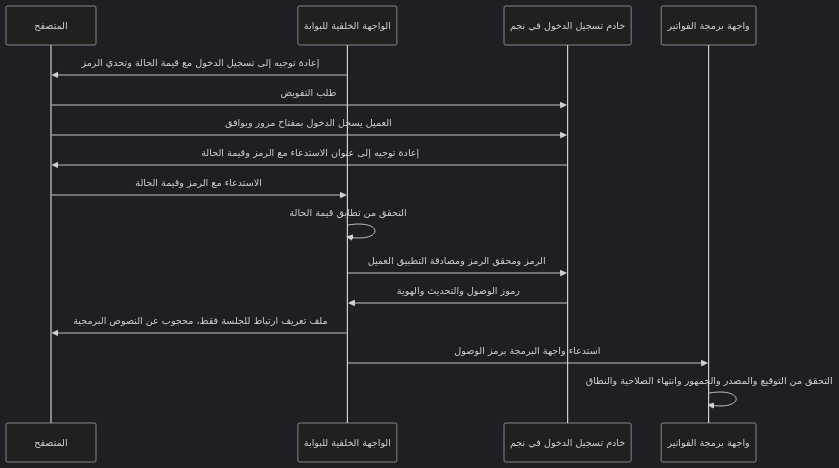
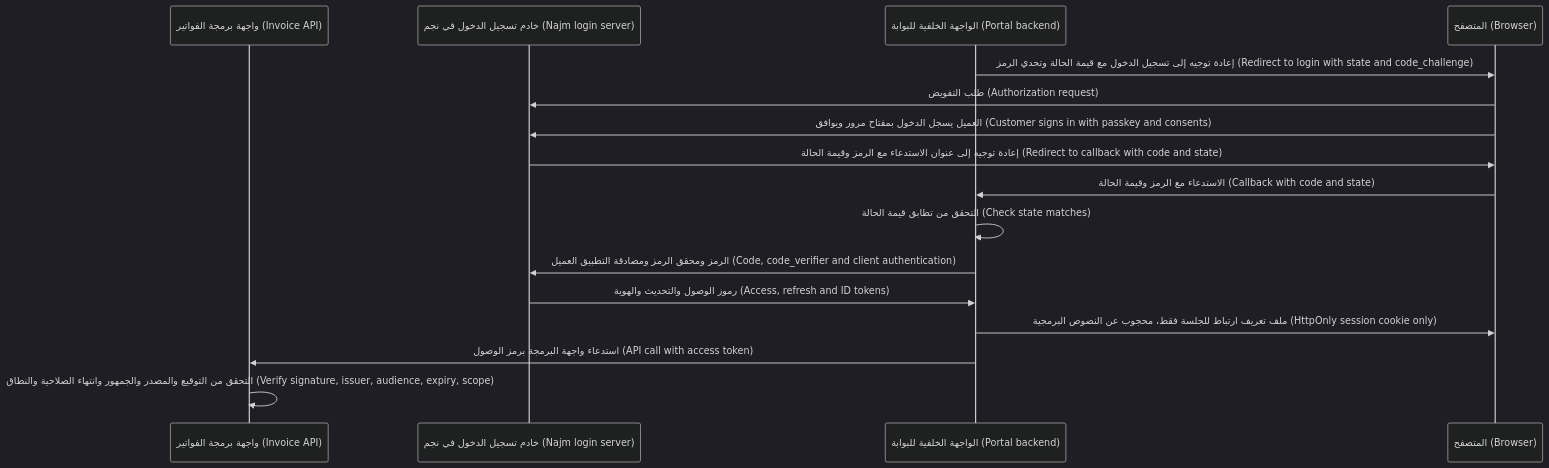
Before and after one commit to Tamoura/system-design-for-vibe-coders: the second of 3 diagrams in secai/modules/03-identity.ar.md, drawn with Mermaid (dark theme). The commit also changed other lines of this file and 11 other files, not shown here.

First line of the commit message:
Security course: Arabic modules 10–11 reviewed; RTL diagrams with English labels for modules 0–11

````diff
--- a/secai/modules/03-identity.ar.md
+++ b/secai/modules/03-identity.ar.md
@@ -312,18 +312,18 @@
 ```mermaid
 sequenceDiagram
-    participant B as المتصفح
-    participant P as الواجهة الخلفية للبوابة
-    participant L as خادم تسجيل الدخول في نجم
-    participant I as واجهة برمجة الفواتير
-    P->>B: إعادة توجيه إلى تسجيل الدخول مع قيمة الحالة وتحدي الرمز
-    B->>L: طلب التفويض
-    B->>L: العميل يسجل الدخول بمفتاح مرور ويوافق
-    L->>B: إعادة توجيه إلى عنوان الاستدعاء مع الرمز وقيمة الحالة
-    B->>P: الاستدعاء مع الرمز وقيمة الحالة
-    P->>P: التحقق من تطابق قيمة الحالة
-    P->>L: الرمز ومحقق الرمز ومصادقة التطبيق العميل
-    L->>P: رموز الوصول والتحديث والهوية
-    P->>B: ملف تعريف ارتباط للجلسة فقط، محجوب عن النصوص البرمجية
-    P->>I: استدعاء واجهة البرمجة برمز الوصول
-    I->>I: التحقق من التوقيع والمصدر والجمهور وانتهاء الصلاحية والنطاق
+    participant I as واجهة برمجة الفواتير (Invoice API)
+    participant L as خادم تسجيل الدخول في نجم (Najm login server)
+    participant P as الواجهة الخلفية للبوابة (Portal backend)
+    participant B as المتصفح (Browser)
+    P->>B: إعادة توجيه إلى تسجيل الدخول مع قيمة الحالة وتحدي الرمز (Redirect to login with state and code_challenge)
+    B->>L: طلب التفويض (Authorization request)
+    B->>L: العميل يسجل الدخول بمفتاح مرور ويوافق (Customer signs in with passkey and consents)
+    L->>B: إعادة توجيه إلى عنوان الاستدعاء مع الرمز وقيمة الحالة (Redirect to callback with code and state)
+    B->>P: الاستدعاء مع الرمز وقيمة الحالة (Callback with code and state)
+    P->>P: التحقق من تطابق قيمة الحالة (Check state matches)
+    P->>L: الرمز ومحقق الرمز ومصادقة التطبيق العميل (Code, code_verifier and client authentication)
+    L->>P: رموز الوصول والتحديث والهوية (Access, refresh and ID tokens)
+    P->>B: ملف تعريف ارتباط للجلسة فقط، محجوب عن النصوص البرمجية (HttpOnly session cookie only)
+    P->>I: استدعاء واجهة البرمجة برمز الوصول (API call with access token)
+    I->>I: التحقق من التوقيع والمصدر والجمهور وانتهاء الصلاحية والنطاق (Verify signature, issuer, audience, expiry, scope)
 ```
````
